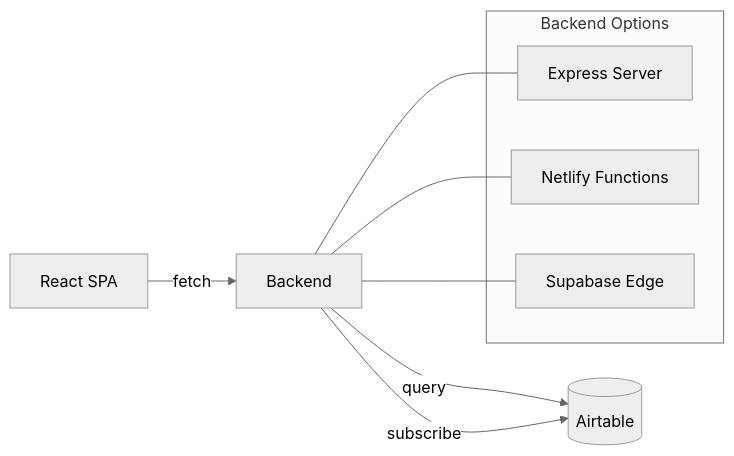
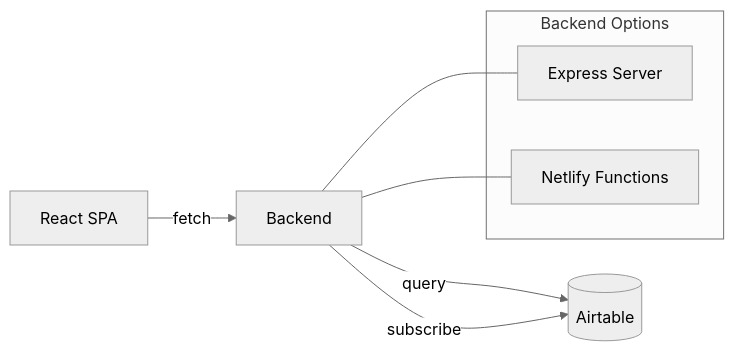
Before and after one commit to R4FKEN/indiefast: the diagram in droid-wiki/overview/architecture.md, drawn with Mermaid (neutral theme). The commit also changed other lines of this file and 5 other files, not shown here.

````diff
--- a/droid-wiki/overview/architecture.md
+++ b/droid-wiki/overview/architecture.md
@@ -7,16 +7,14 @@
 ```mermaid
 graph LR
     Browser[React SPA] -->|fetch| Backend
     Backend -->|query| Airtable[(Airtable)]
     Backend -->|subscribe| Airtable
     
     subgraph Backend Options
         Express[Express Server]
         Netlify[Netlify Functions]
-        Supabase[Supabase Edge]
     end
     
     Backend --- Express
     Backend --- Netlify
-    Backend --- Supabase
 ```
````
